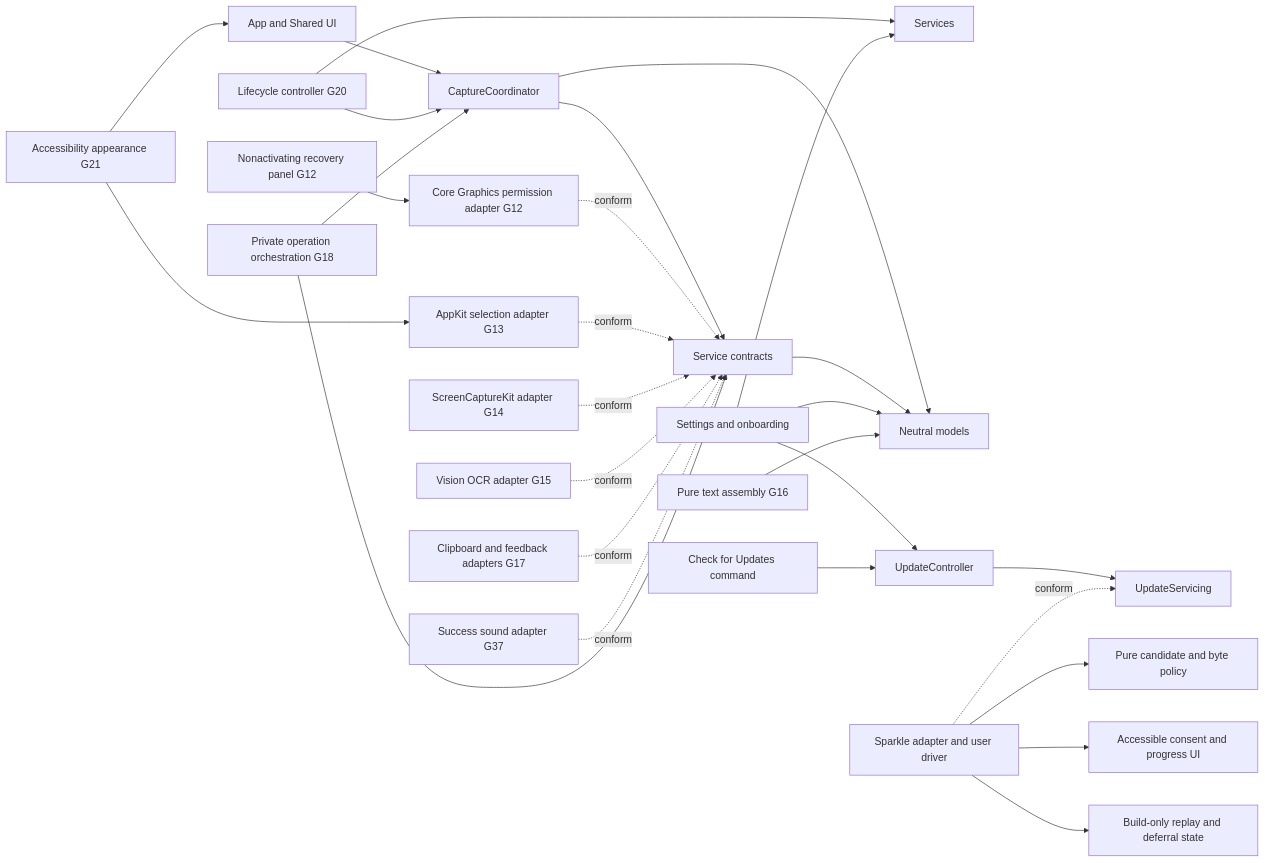
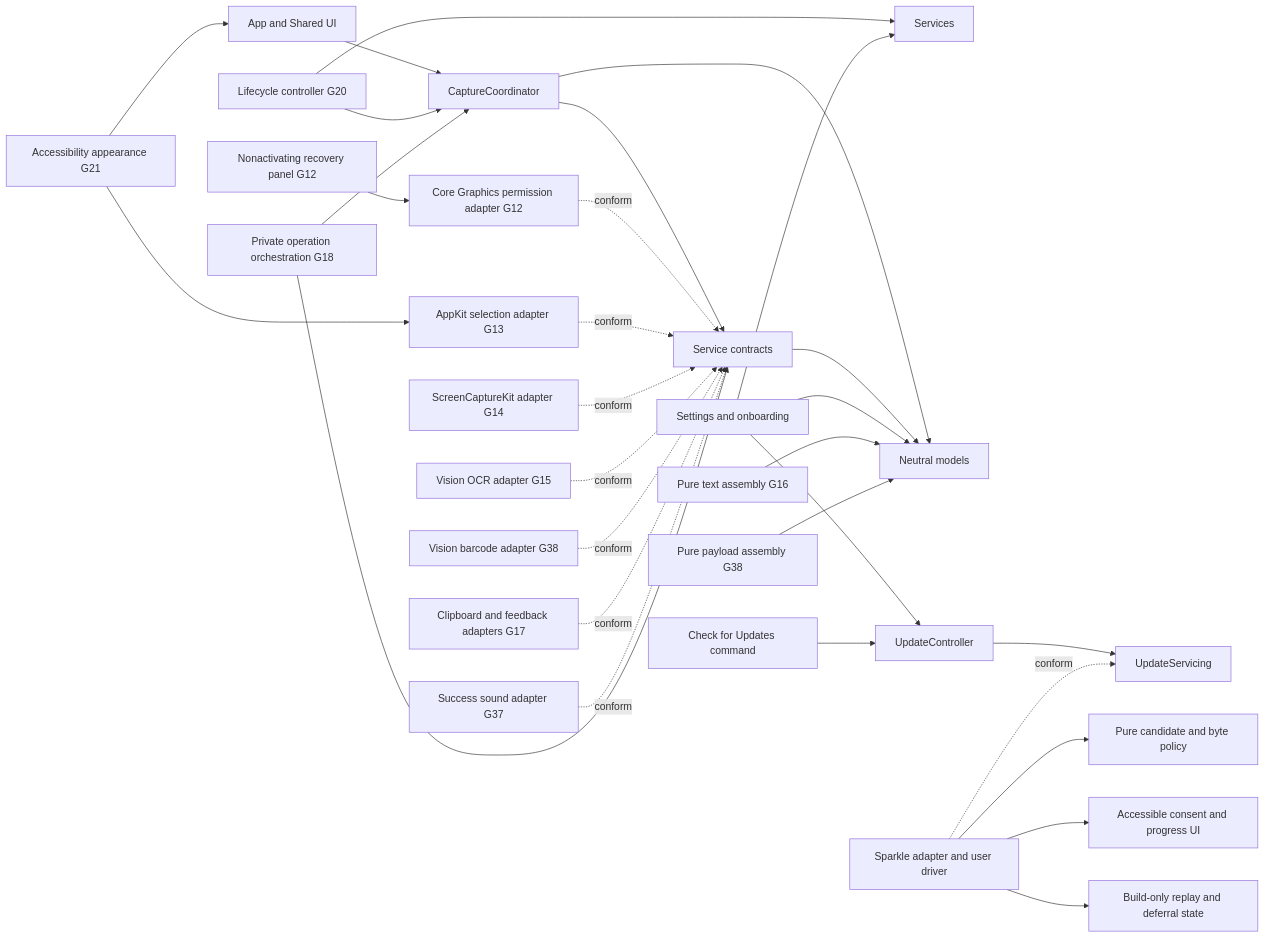
Before and after one commit to bennetthilberg/copylasso: the first of 2 diagrams in docs/architecture/overview.md, drawn with Mermaid. The commit also changed other lines of this file and 56 other files, not shown here.

````diff
--- a/docs/architecture/overview.md
+++ b/docs/architecture/overview.md
@@ -7,30 +7,32 @@
 ```mermaid
 flowchart LR
   App["App and Shared UI"] --> Coordinator["CaptureCoordinator"]
   Appearance["Accessibility appearance G21"] --> App
   Appearance --> Selection
   Lifecycle["Lifecycle controller G20"] --> Coordinator
   Lifecycle --> Services
   Coordinator --> Contracts["Service contracts"]
   Coordinator --> Models["Neutral models"]
   Contracts --> Models
   Settings["Settings and onboarding"] --> Services
   Settings --> Models
   Settings --> Updates["UpdateController"]
   UpdateMenu["Check for Updates command"] --> Updates
   Updates --> UpdateBoundary["UpdateServicing"]
   Sparkle["Sparkle adapter and user driver"] -. conform .-> UpdateBoundary
   Sparkle --> UpdatePolicy["Pure candidate and byte policy"]
   Sparkle --> UpdateUI["Accessible consent and progress UI"]
   Sparkle --> UpdateState["Build-only replay and deferral state"]
   Permission["Core Graphics permission adapter G12"] -. conform .-> Contracts
   Recovery["Nonactivating recovery panel G12"] --> Permission
   Selection["AppKit selection adapter G13"] -. conform .-> Contracts
   Capture["ScreenCaptureKit adapter G14"] -. conform .-> Contracts
   OCR["Vision OCR adapter G15"] -. conform .-> Contracts
   Format["Pure text assembly G16"] --> Models
+  Barcode["Vision barcode adapter G38"] -. conform .-> Contracts
+  CodeFormat["Pure payload assembly G38"] --> Models
   Output["Clipboard and feedback adapters G17"] -. conform .-> Contracts
   Sound["Success sound adapter G37"] -. conform .-> Contracts
   Workflow["Private operation orchestration G18"] --> Contracts
   Workflow --> Coordinator
 ```
````
